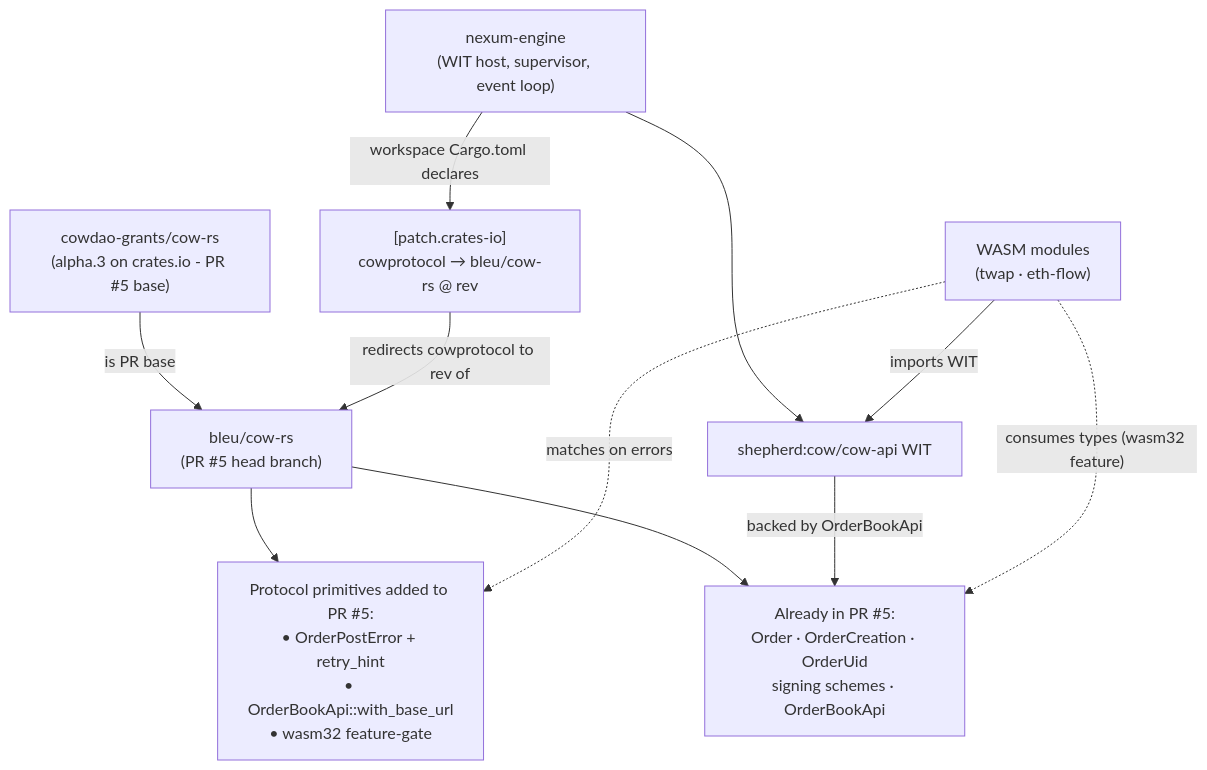
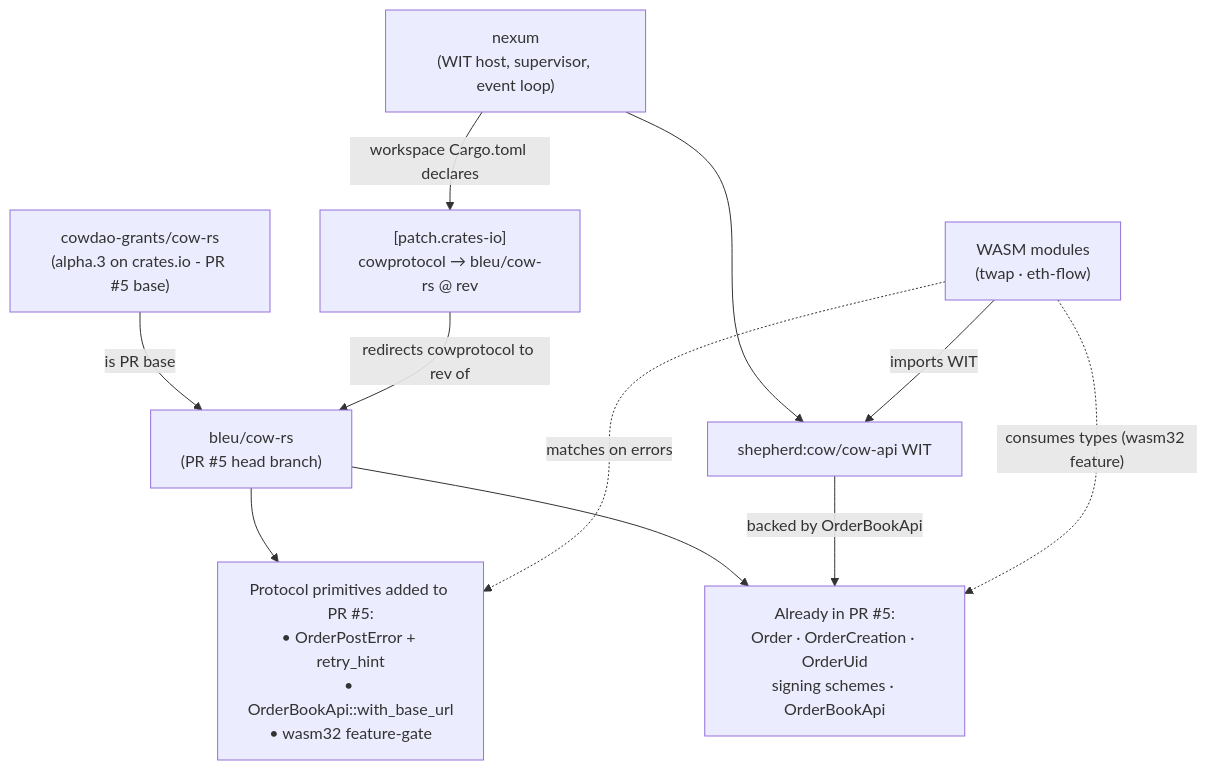
The eighth of 8 diagrams in docs/diagrams/diagrams.md (bleu/nullis-shepherd), drawn with Mermaid before and after one commit. The commit also changed other lines of this file and 31 other files, not shown here.

````diff
--- a/docs/diagrams/diagrams.md
+++ b/docs/diagrams/diagrams.md
@@ -438,22 +438,22 @@
 ```mermaid
 graph TD
     upstream["cowdao-grants/cow-rs\n(alpha.3 on crates.io - PR #5 base)"]
     bleu_cr["bleu/cow-rs\n(PR #5 head branch)"]
     prims["Protocol primitives added to PR #5:\n• OrderPostError + retry_hint\n• OrderBookApi::with_base_url\n• wasm32 feature-gate"]
     existing["Already in PR #5:\nOrder · OrderCreation · OrderUid\nsigning schemes · OrderBookApi"]
     patch["[patch.crates-io]\ncowprotocol → bleu/cow-rs @ rev"]
-    engine["nexum-engine\n(WIT host, supervisor, event loop)"]
+    engine["nexum\n(WIT host, supervisor, event loop)"]
     witCowApi["shepherd:cow/cow-api WIT"]
     modules["WASM modules\n(twap · eth-flow)"]
 
     upstream -->|"is PR base"| bleu_cr
     bleu_cr --> prims
     bleu_cr --> existing
     patch -->|"redirects cowprotocol to rev of"| bleu_cr
     engine -->|"workspace Cargo.toml declares"| patch
     engine --> witCowApi
     witCowApi -->|"backed by OrderBookApi"| existing
     modules -->|"imports WIT"| witCowApi
     modules -.->|"consumes types (wasm32 feature)"| existing
     modules -.->|"matches on errors"| prims
 ```
````
